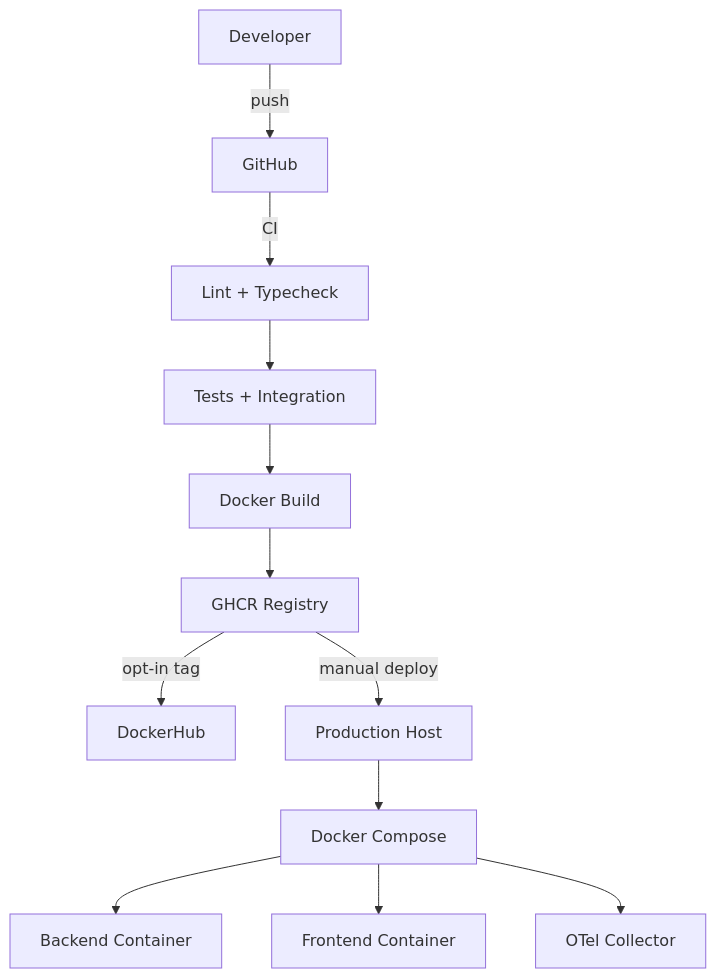
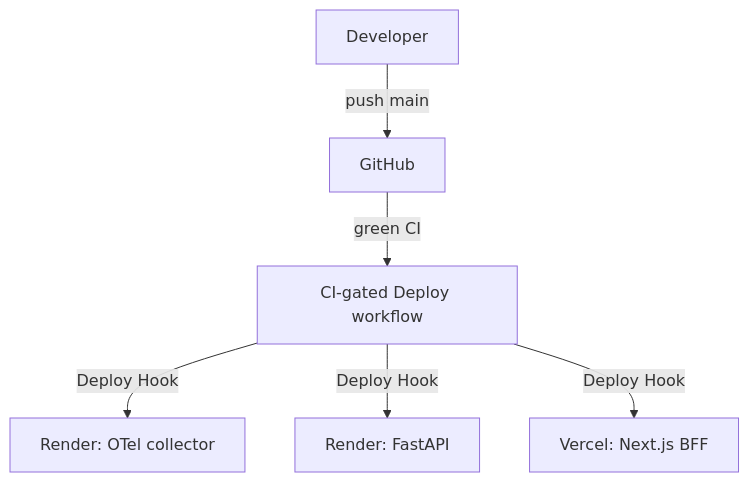
Before and after one commit to BORUTOUZUMAKI07/ai-civic-issue-monitoring: the eighth of 8 diagrams in README.md, drawn with Mermaid. The commit also changed other lines of this file and 21 other files, not shown here.

Commit message:
chore: route production OTLP through a dedicated Render collector

````diff
--- a/README.md
+++ b/README.md
@@ -253,14 +252,8 @@
 ```mermaid
 flowchart TB
-    Dev[Developer] -->|push| GH[GitHub]
-    GH -->|CI| Lint[Lint + Typecheck]
-    Lint --> Tests[Tests + Integration]
-    Tests --> Build[Docker Build]
-    Build --> GHCR[GHCR Registry]
-    GHCR -->|opt-in tag| DH[DockerHub]
-    GHCR -->|manual deploy| Host[Production Host]
-    Host --> Compose[Docker Compose]
-    Compose --> Backend[Backend Container]
-    Compose --> Frontend[Frontend Container]
-    Compose --> Collector[OTel Collector]
+    Dev[Developer] -->|push main| GH[GitHub]
+    GH -->|green CI| Deploy[CI-gated Deploy workflow]
+    Deploy -->|Deploy Hook| Collector[Render: OTel collector]
+    Deploy -->|Deploy Hook| Backend[Render: FastAPI]
+    Deploy -->|Deploy Hook| Frontend[Vercel: Next.js BFF]
 ```
````
